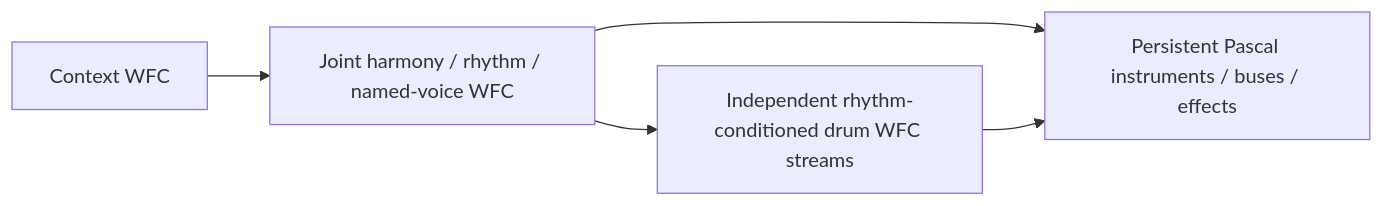
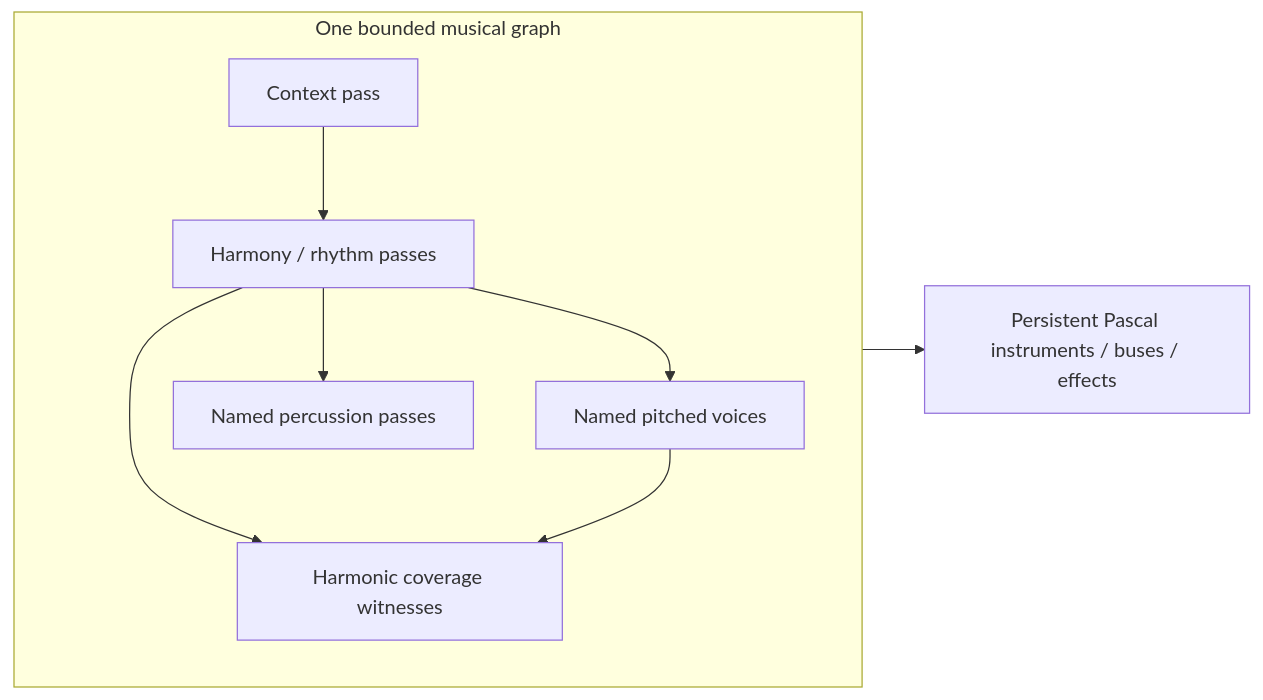
Before and after one commit to mr-highball/pythian: the diagram in docs/INSTRUMENTAL-STREAMS.md, drawn with Mermaid. The commit also changed other lines of this file and 24 other files, not shown here.

Commit message:
feat: plan instrumental form through one composed WFC frontier

````diff
--- a/docs/INSTRUMENTAL-STREAMS.md
+++ b/docs/INSTRUMENTAL-STREAMS.md
@@ -16,7 +16,11 @@
 ```mermaid
 flowchart LR
-  C[Context WFC] --> M[Joint harmony / rhythm / named-voice WFC]
-  M --> D[Independent rhythm-conditioned drum WFC streams]
-  M --> P[Persistent Pascal instruments / buses / effects]
-  D --> P
+  subgraph W[One bounded musical graph]
+    C[Context pass] --> H[Harmony / rhythm passes]
+    H --> V[Named pitched voices]
+    H --> D[Named percussion passes]
+    H --> Q
+    V --> Q[Harmonic coverage witnesses]
+  end
+  W --> P[Persistent Pascal instruments / buses / effects]
 ```
````
